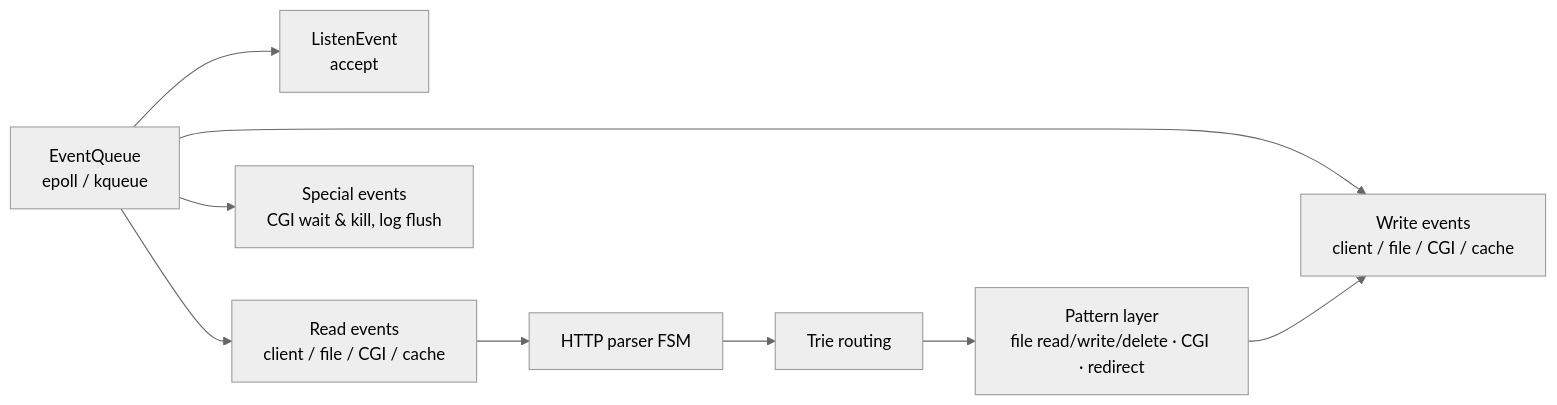
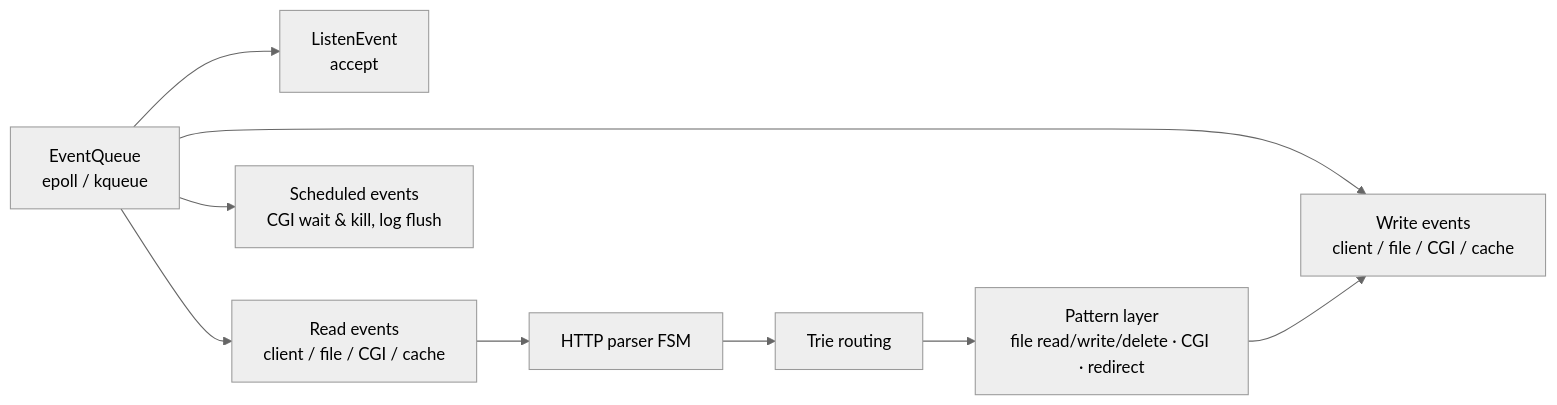
One commit to daekuelee/webserv changed the diagram in README.md. Above: the diagram before and after it, drawn with Mermaid (neutral theme). The commit also changed other lines of this file, not shown here.

````diff
--- a/README.md
+++ b/README.md
@@ -39,10 +43,10 @@
 ```mermaid
 flowchart LR
     EQ[EventQueue<br/>epoll / kqueue] --> LE[ListenEvent<br/>accept]
     EQ --> RE[Read events<br/>client / file / CGI / cache]
     EQ --> WE[Write events<br/>client / file / CGI / cache]
-    EQ --> SE[Special events<br/>CGI wait & kill, log flush]
+    EQ --> SE[Scheduled events<br/>CGI wait & kill, log flush]
     RE --> P[HTTP parser FSM]
     P --> R[Trie routing] --> PR[Pattern layer<br/>file read/write/delete · CGI · redirect]
     PR --> WE
 ```
````
